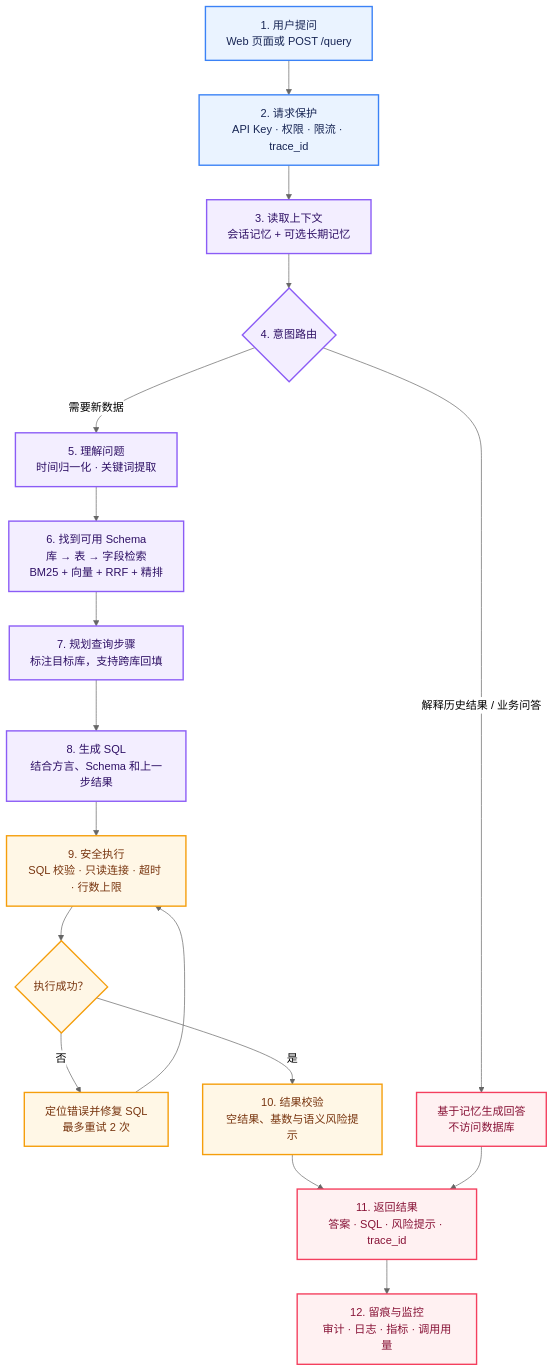
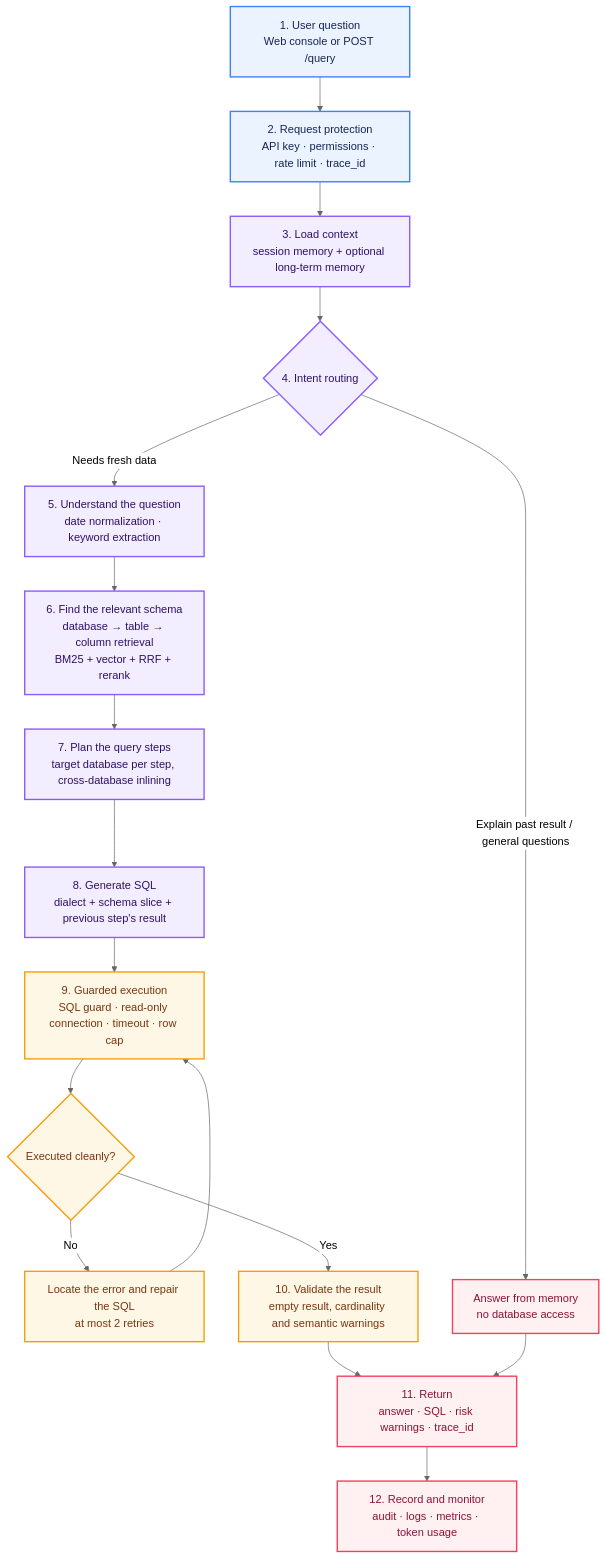
The first of 2 diagrams in README.md (heyemlee/ai-sql-agent), drawn with Mermaid (neutral theme) before and after one commit. The commit also changed other lines of this file and 1 other file, not shown here.

````diff
--- a/README.md
+++ b/README.md
@@ -19,30 +21,30 @@
 ```mermaid
 flowchart TD
-    A["1. 用户提问<br/>Web 页面或 POST /query"] --> B["2. 请求保护<br/>API Key · 权限 · 限流 · trace_id"]
-    B --> C["3. 读取上下文<br/>会话记忆 + 可选长期记忆"]
-    C --> D{"4. 意图路由"}
+    A["1. User question<br/>Web console or POST /query"] --> B["2. Request protection<br/>API key · permissions · rate limit · trace_id"]
+    B --> C["3. Load context<br/>session memory + optional long-term memory"]
+    C --> D{"4. Intent routing"}
 
-    D -->|需要新数据| E["5. 理解问题<br/>时间归一化 · 关键词提取"]
-    E --> F["6. 找到可用 Schema<br/>库 → 表 → 字段检索<br/>BM25 + 向量 + RRF + 精排"]
-    F --> G["7. 规划查询步骤<br/>标注目标库，支持跨库回填"]
-    G --> H["8. 生成 SQL<br/>结合方言、Schema 和上一步结果"]
-    H --> I["9. 安全执行<br/>SQL 校验 · 只读连接 · 超时 · 行数上限"]
-    I --> J{"执行成功？"}
-    J -->|否| K["定位错误并修复 SQL<br/>最多重试 2 次"]
+    D -->|Needs fresh data| E["5. Understand the question<br/>date normalization · keyword extraction"]
+    E --> F["6. Find the relevant schema<br/>database → table → column retrieval<br/>BM25 + vector + RRF + rerank"]
+    F --> G["7. Plan the query steps<br/>target database per step, cross-database inlining"]
+    G --> H["8. Generate SQL<br/>dialect + schema slice + previous step's result"]
+    H --> I["9. Guarded execution<br/>SQL guard · read-only connection · timeout · row cap"]
+    I --> J{"Executed cleanly?"}
+    J -->|No| K["Locate the error and repair the SQL<br/>at most 2 retries"]
     K --> I
-    J -->|是| L["10. 结果校验<br/>空结果、基数与语义风险提示"]
+    J -->|Yes| L["10. Validate the result<br/>empty result, cardinality and semantic warnings"]
 
-    D -->|解释历史结果 / 业务问答| M["基于记忆生成回答<br/>不访问数据库"]
-    L --> N["11. 返回结果<br/>答案 · SQL · 风险提示 · trace_id"]
+    D -->|Explain past result / general questions| M["Answer from memory<br/>no database access"]
+    L --> N["11. Return<br/>answer · SQL · risk warnings · trace_id"]
     M --> N
-    N --> O["12. 留痕与监控<br/>审计 · 日志 · 指标 · 调用用量"]
+    N --> O["12. Record and monitor<br/>audit · logs · metrics · token usage"]
 
     classDef entry fill:#EAF3FF,stroke:#3B82F6,stroke-width:2px,color:#172554;
     classDef core fill:#F3EEFF,stroke:#8B5CF6,stroke-width:2px,color:#2E1065;
     classDef safe fill:#FFF7E6,stroke:#F59E0B,stroke-width:2px,color:#78350F;
     classDef result fill:#FFF1F2,stroke:#F43F5E,stroke-width:2px,color:#881337;
     class A,B entry;
     class C,D,E,F,G,H core;
     class I,J,K,L safe;
     class M,N,O result;
 ```
````
